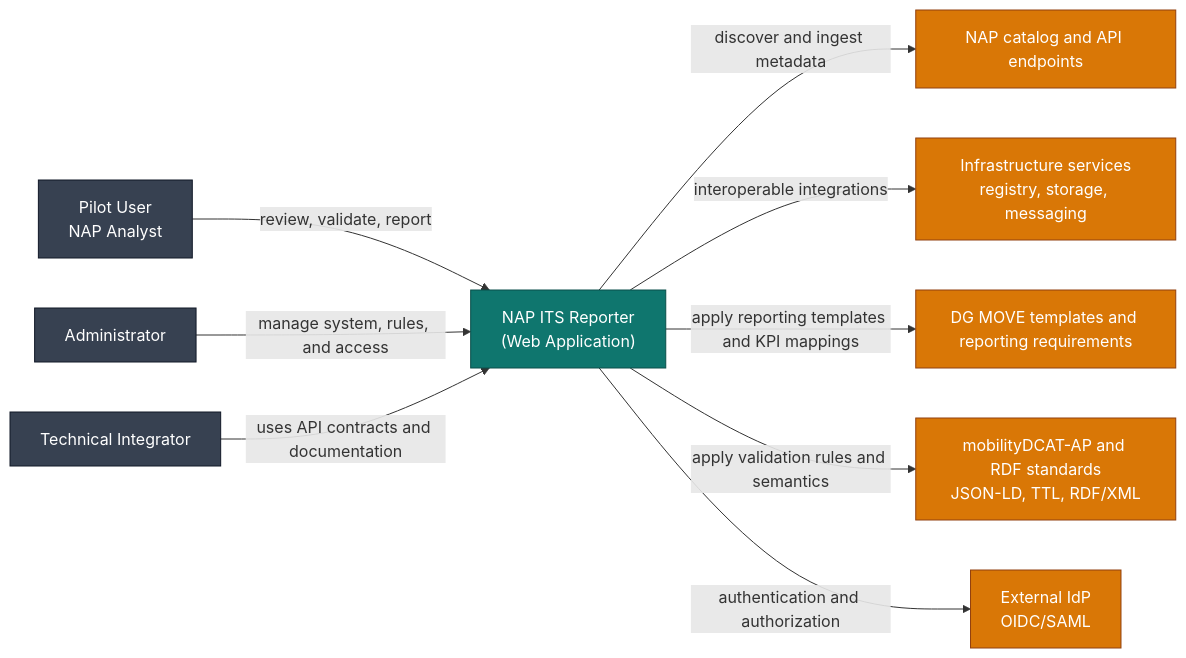
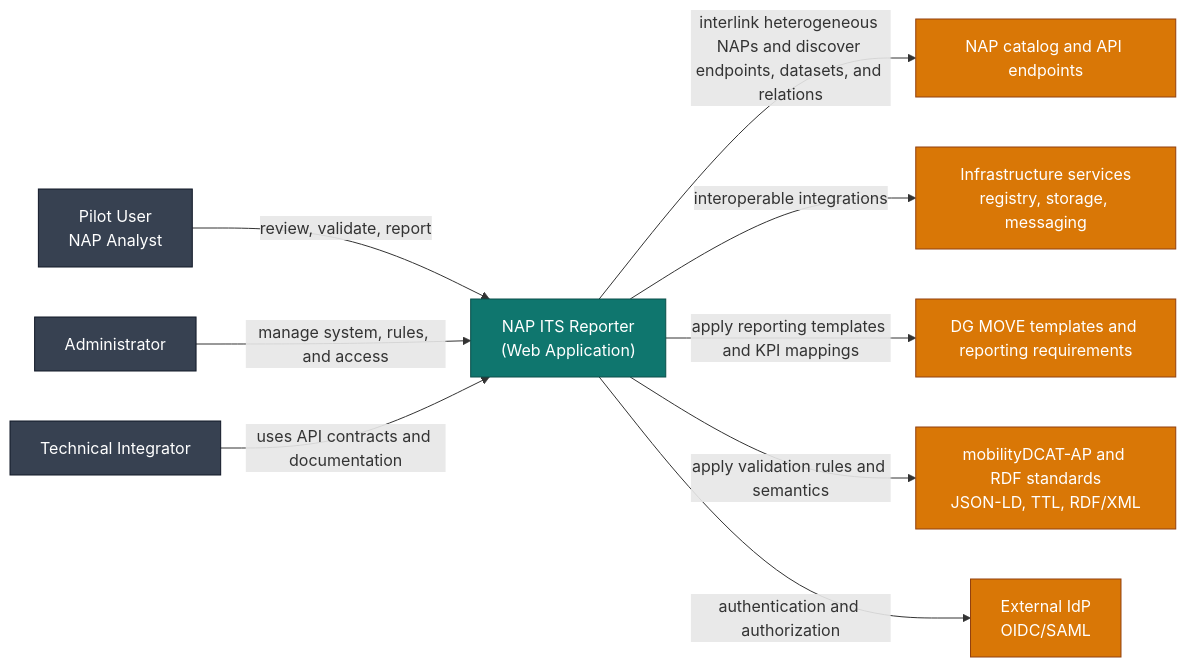
Before and after one commit to UM-KGPI/Napcore-ITS-Reporting: the first of 4 diagrams in docs/architecture/c4-design.md, drawn with Mermaid. The commit also changed other lines of this file and 5 other files, not shown here.

````diff
--- a/docs/architecture/c4-design.md
+++ b/docs/architecture/c4-design.md
@@ -9,28 +13,28 @@
 ```mermaid
 flowchart LR
     classDef system fill:#0b3d91,stroke:#08295f,color:#fff
     classDef app fill:#0f766e,stroke:#0a4f4a,color:#fff
     classDef ext fill:#d97706,stroke:#92400e,color:#fff
     classDef user fill:#374151,stroke:#111827,color:#fff
 
     U1[Pilot User\nNAP Analyst]:::user
     U2[Administrator]:::user
     U3[Technical Integrator]:::user
 
     APP["NAP ITS Reporter\n(Web Application)"]:::app
 
     NAP[NAP catalog and API endpoints]:::ext
     INFRA[Infrastructure services\nregistry, storage, messaging]:::ext
     DGMOVE[DG MOVE templates and reporting requirements]:::ext
     STD[mobilityDCAT-AP and RDF standards\nJSON-LD, TTL, RDF/XML]:::ext
     IDP[External IdP\nOIDC/SAML]:::ext
 
     U1 -->|review, validate, report| APP
     U2 -->|manage system, rules, and access| APP
     U3 -->|uses API contracts and documentation| APP
-    APP -->|discover and ingest metadata| NAP
+    APP -->|interlink heterogeneous NAPs and discover endpoints, datasets, and relations| NAP
     APP -->|interoperable integrations| INFRA
     APP -->|apply reporting templates and KPI mappings| DGMOVE
     APP -->|apply validation rules and semantics| STD
     APP -->|authentication and authorization| IDP
 ```
````
